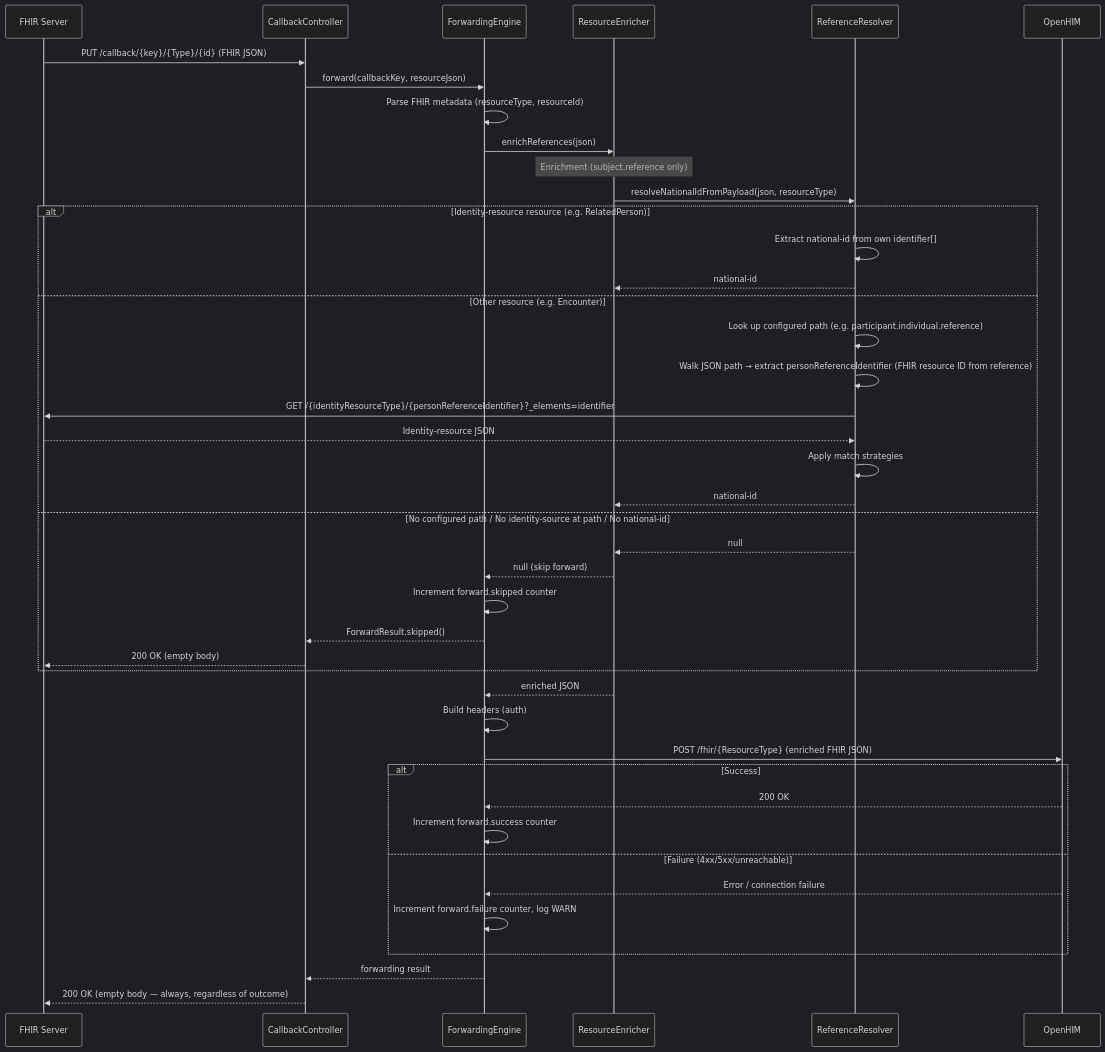
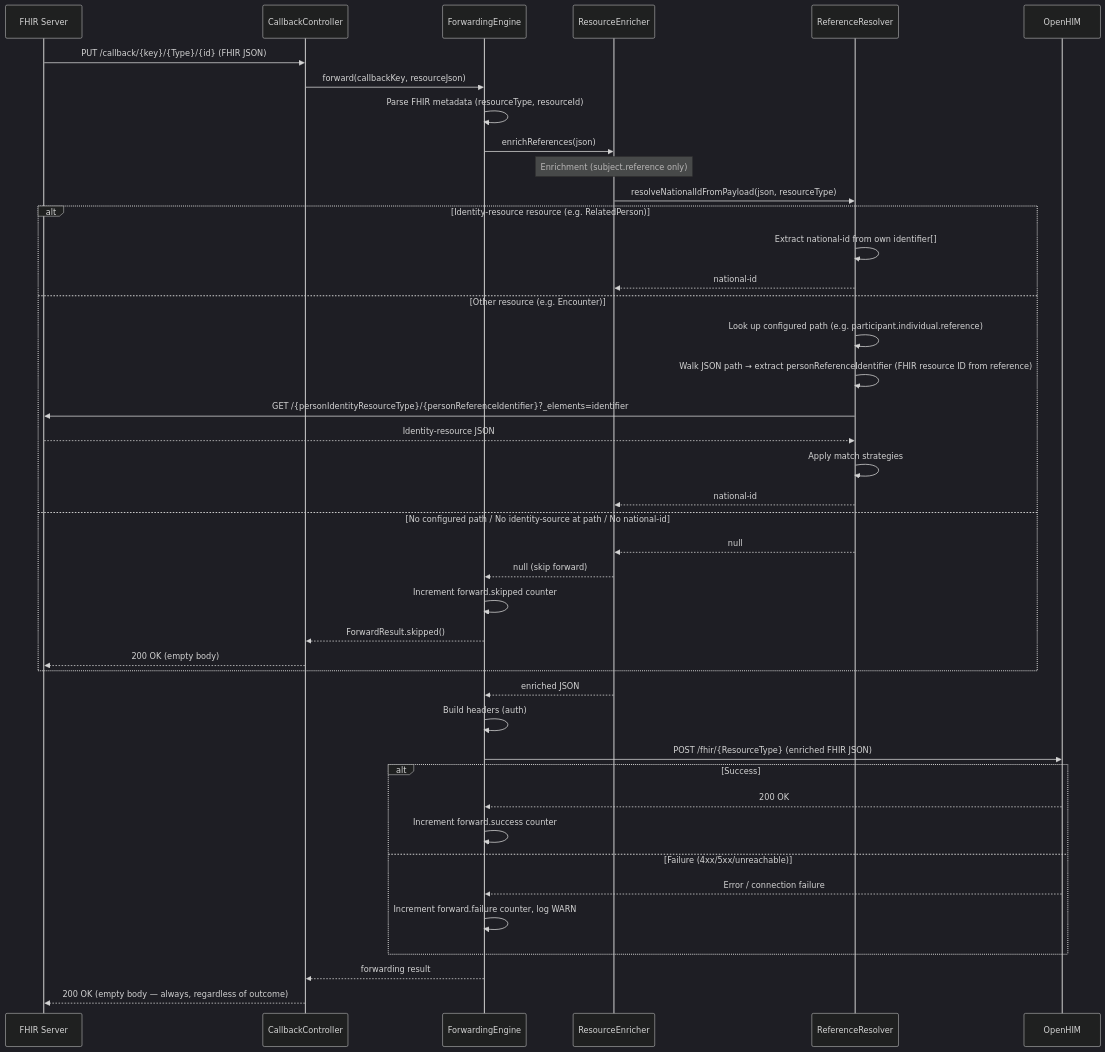
One commit to ishashankakkasali/fhir-cce-emitter-adaptor changed the second of 2 diagrams in docs/architecture.md. Above: the diagram before and after it, drawn with Mermaid (dark theme). The commit also changed other lines of this file and 6 other files, not shown here.

Commit message:
update: Rename identity-resource references to person-identity in documentation and code

````diff
--- a/docs/architecture.md
+++ b/docs/architecture.md
@@ -293,47 +293,47 @@
 ```mermaid
 sequenceDiagram
     participant FS as FHIR Server
     participant CB as CallbackController
     participant FE as ForwardingEngine
     participant RE as ResourceEnricher
     participant RR as ReferenceResolver
     participant T as OpenHIM
 
     FS->>CB: PUT /callback/{key}/{Type}/{id} (FHIR JSON)
     CB->>FE: forward(callbackKey, resourceJson)
     FE->>FE: Parse FHIR metadata (resourceType, resourceId)
     FE->>RE: enrichReferences(json)
 
     Note over RE: Enrichment (subject.reference only)
     RE->>RR: resolveNationalIdFromPayload(json, resourceType)
     alt Identity-resource resource (e.g. RelatedPerson)
         RR->>RR: Extract national-id from own identifier[]
         RR-->>RE: national-id
     else Other resource (e.g. Encounter)
         RR->>RR: Look up configured path (e.g. participant.individual.reference)
         RR->>RR: Walk JSON path → extract personReferenceIdentifier (FHIR resource ID from reference)
-        RR->>FS: GET /{identityResourceType}/{personReferenceIdentifier}?_elements=identifier
+        RR->>FS: GET /{personIdentityResourceType}/{personReferenceIdentifier}?_elements=identifier
         FS-->>RR: Identity-resource JSON
         RR->>RR: Apply match strategies
         RR-->>RE: national-id
     else No configured path / No identity-source at path / No national-id
         RR-->>RE: null
         RE-->>FE: null (skip forward)
         FE->>FE: Increment forward.skipped counter
         FE-->>CB: ForwardResult.skipped()
         CB-->>FS: 200 OK (empty body)
     end
 
     RE-->>FE: enriched JSON
     FE->>FE: Build headers (auth)
     FE->>T: POST /fhir/{ResourceType} (enriched FHIR JSON)
     alt Success
         T-->>FE: 200 OK
         FE->>FE: Increment forward.success counter
     else Failure (4xx/5xx/unreachable)
         T-->>FE: Error / connection failure
         FE->>FE: Increment forward.failure counter, log WARN
     end
     FE-->>CB: forwarding result
     CB-->>FS: 200 OK (empty body — always, regardless of outcome)
 ```
````
